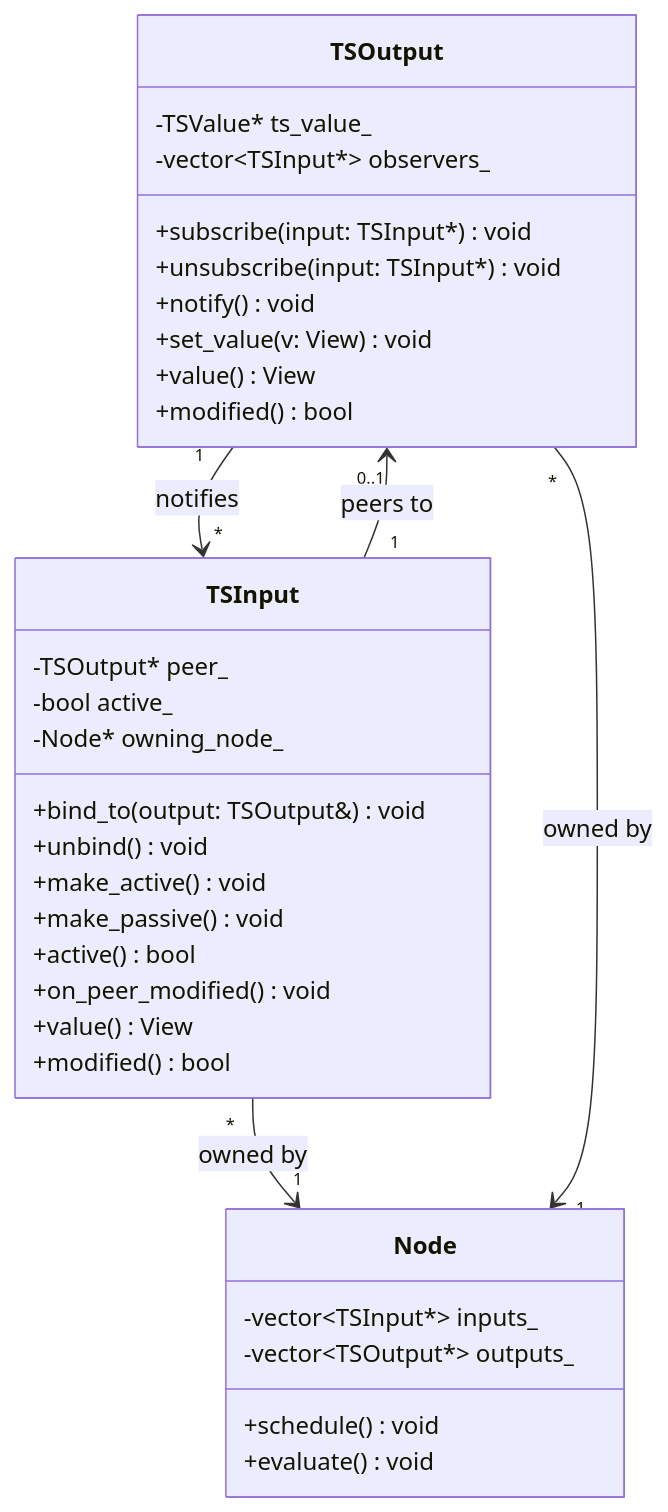
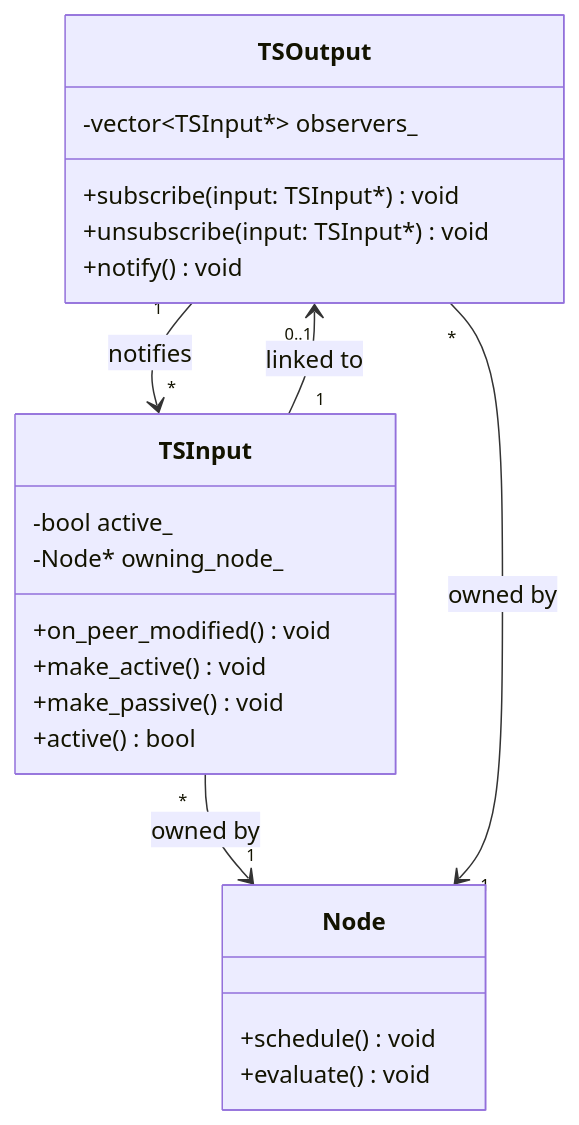
One commit to hhenson/hgraph changed the third of 12 diagrams in ts_value_v2601/user_guide/04_LINKS_AND_BINDING.md. Above: the diagram before and after it, drawn with Mermaid. The commit also changed other lines of this file and 7 other files, not shown here.

````diff
--- a/ts_value_v2601/user_guide/04_LINKS_AND_BINDING.md
+++ b/ts_value_v2601/user_guide/04_LINKS_AND_BINDING.md
@@ -515,39 +702,28 @@
 ```mermaid
 classDiagram
     class TSOutput {
-        -TSValue* ts_value_
         -vector~TSInput*~ observers_
         +subscribe(input: TSInput*) void
         +unsubscribe(input: TSInput*) void
         +notify() void
-        +set_value(v: View) void
-        +value() View
-        +modified() bool
     }
 
     class TSInput {
-        -TSOutput* peer_
         -bool active_
         -Node* owning_node_
-        +bind_to(output: TSOutput&) void
-        +unbind() void
+        +on_peer_modified() void
         +make_active() void
         +make_passive() void
         +active() bool
-        +on_peer_modified() void
-        +value() View
-        +modified() bool
     }
 
     class Node {
-        -vector~TSInput*~ inputs_
-        -vector~TSOutput*~ outputs_
         +schedule() void
         +evaluate() void
     }
 
     TSOutput "1" --> "*" TSInput : notifies
-    TSInput "1" --> "0..1" TSOutput : peers to
+    TSInput "1" --> "0..1" TSOutput : linked to
     TSInput "*" --> "1" Node : owned by
     TSOutput "*" --> "1" Node : owned by
 ```
````
